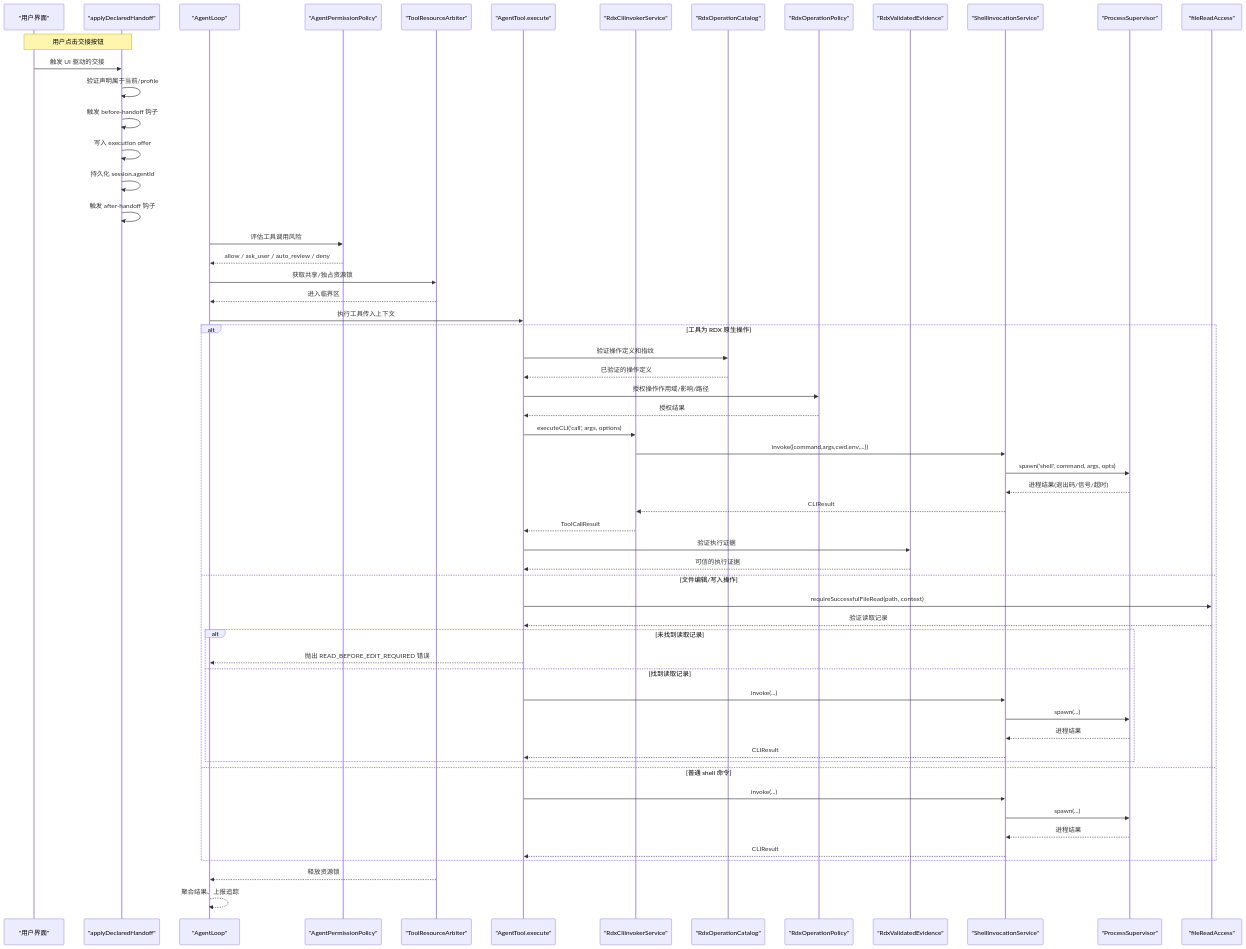
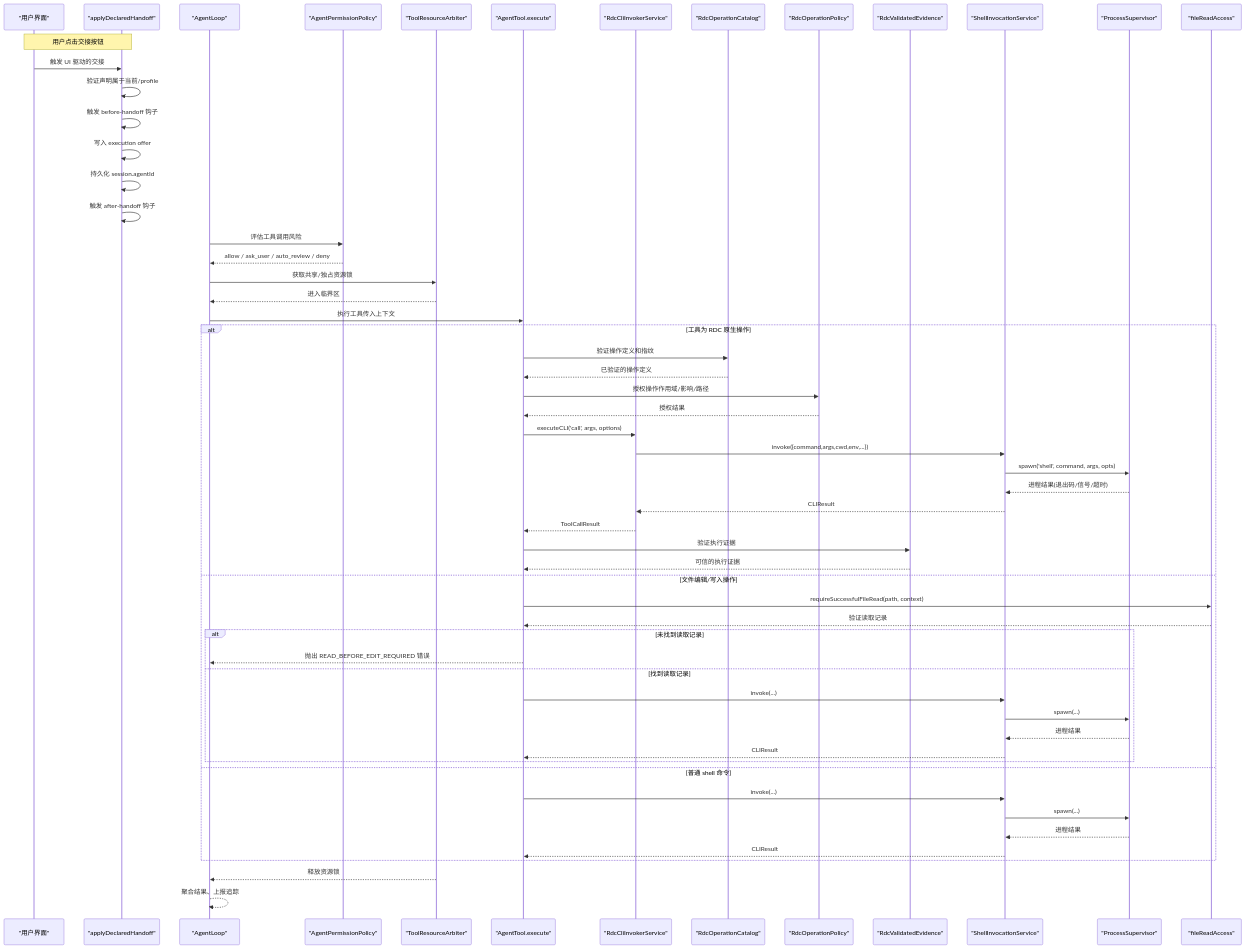
Before and after one commit to haolange/RDC-Agent: the second of 17 diagrams in .qoder/repowiki/zh/content/核心模块/工具系统/工具系统.md, drawn with Mermaid. The commit also changed other lines of this file and 557 other files, not shown here.

````diff
--- a/.qoder/repowiki/zh/content/核心模块/工具系统/工具系统.md
+++ b/.qoder/repowiki/zh/content/核心模块/工具系统/工具系统.md
@@ -196,60 +196,60 @@
 ```mermaid
 sequenceDiagram
 participant UI as "用户界面"
 participant Handoff as "applyDeclaredHandoff"
 participant Agent as "AgentLoop"
 participant Perm as "AgentPermissionPolicy"
 participant Res as "ToolResourceArbiter"
 participant Tool as "AgentTool.execute"
-participant Cli as "RdxCliInvokerService"
-participant Cat as "RdxOperationCatalog"
-participant Pol as "RdxOperationPolicy"
-participant Ev as "RdxValidatedEvidence"
+participant Cli as "RdcCliInvokerService"
+participant Cat as "RdcOperationCatalog"
+participant Pol as "RdcOperationPolicy"
+participant Ev as "RdcValidatedEvidence"
 participant Shell as "ShellInvocationService"
 participant Proc as "ProcessSupervisor"
 participant FileAccess as "fileReadAccess"
 Note over UI,Handoff : 用户点击交接按钮
 UI->>Handoff : 触发 UI 驱动的交接
 Handoff->>Handoff : 验证声明属于当前/profile
 Handoff->>Handoff : 触发 before-handoff 钩子
 Handoff->>Handoff : 写入 execution offer
 Handoff->>Handoff : 持久化 session.agentId
 Handoff->>Handoff : 触发 after-handoff 钩子
 Agent->>Perm : 评估工具调用风险
 Perm-->>Agent : allow / ask_user / auto_review / deny
 Agent->>Res : 获取共享/独占资源锁
 Res-->>Agent : 进入临界区
 Agent->>Tool : 执行工具传入上下文
-alt 工具为 RDX 原生操作
+alt 工具为 RDC 原生操作
 Tool->>Cat : 验证操作定义和指纹
 Cat-->>Tool : 已验证的操作定义
 Tool->>Pol : 授权操作作用域/影响/路径
 Pol-->>Tool : 授权结果
 Tool->>Cli : executeCLI('call', args, options)
 Cli->>Shell : invoke({command,args,cwd,env,...})
 Shell->>Proc : spawn('shell', command, args, opts)
 Proc-->>Shell : 进程结果(退出码/信号/超时)
 Shell-->>Cli : CLIResult
 Cli-->>Tool : ToolCallResult
 Tool->>Ev : 验证执行证据
 Ev-->>Tool : 可信的执行证据
 else 文件编辑/写入操作
 Tool->>FileAccess : requireSuccessfulFileRead(path, context)
 FileAccess-->>Tool : 验证读取记录
 alt 未找到读取记录
 Tool-->>Agent : 抛出 READ_BEFORE_EDIT_REQUIRED 错误
 else 找到读取记录
 Tool->>Shell : invoke(...)
 Shell->>Proc : spawn(...)
 Proc-->>Shell : 进程结果
 Shell-->>Tool : CLIResult
 end
 else 普通 shell 命令
 Tool->>Shell : invoke(...)
 Shell->>Proc : spawn(...)
 Proc-->>Shell : 进程结果
 Shell-->>Tool : CLIResult
 end
 Res-->>Agent : 释放资源锁
 Agent-->>Agent : 聚合结果、上报追踪
 ```
````
